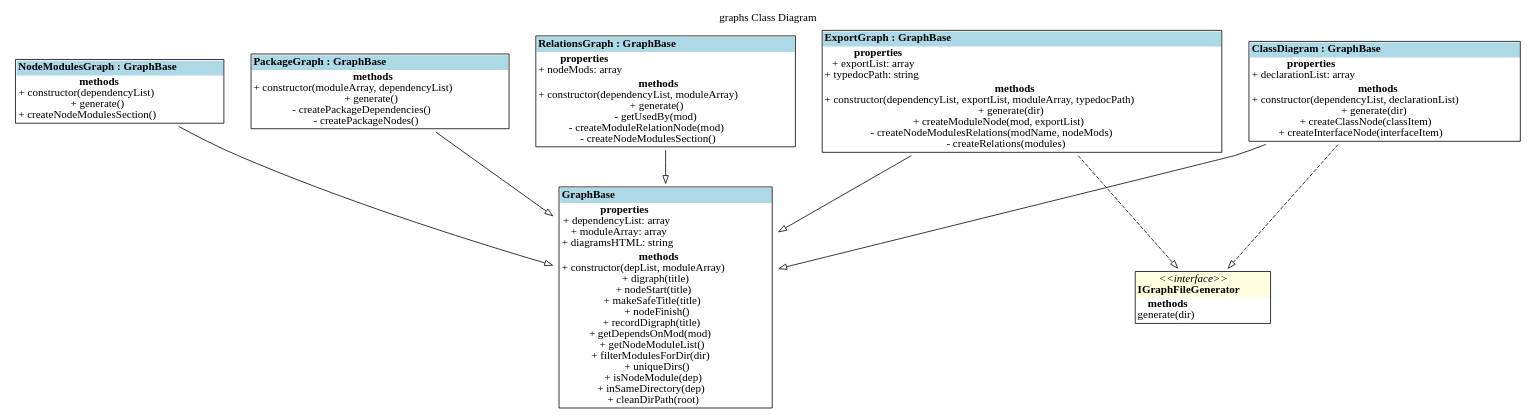
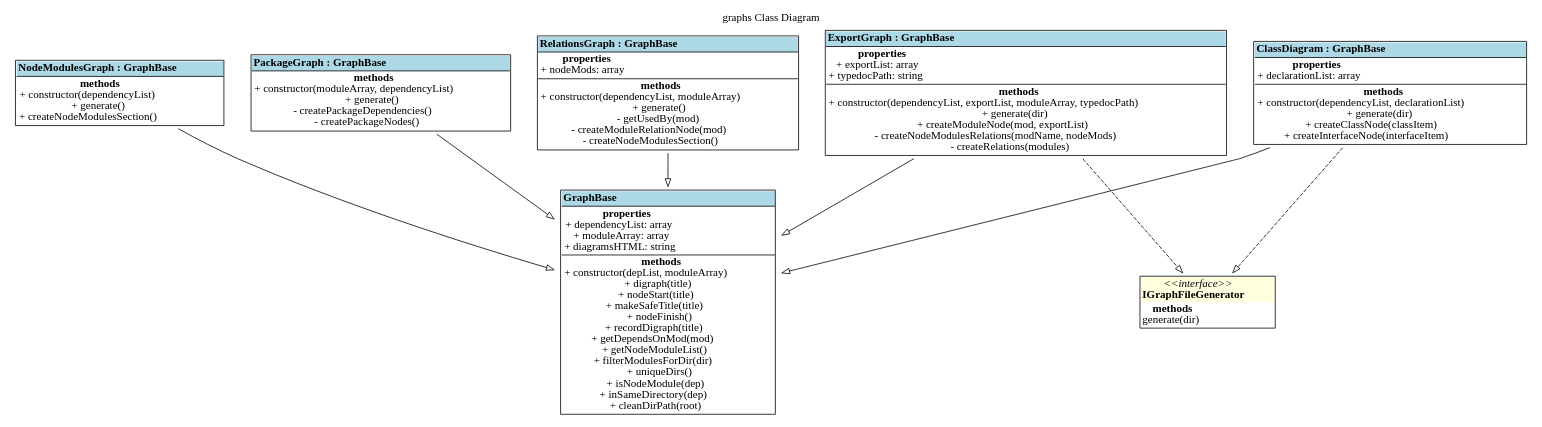
Before and after one commit to fleebe/GitHubPages: the diagram in dep-graph-ts/graphs_ClassDiagram.dot, drawn with Graphviz. The commit also changed 17 other files, not shown here.

Commit message:
Update docs for dep-graph-ts from fleebe/dep-graph-ts workflow

```diff
--- a/dep-graph-ts/graphs_ClassDiagram.dot
+++ b/dep-graph-ts/graphs_ClassDiagram.dot
@@ -1,102 +1,102 @@
 digraph {label="graphs Class Diagram";
 labelloc="t";
 "ClassDiagram" [shape=none, label=<<TABLE cellspacing="0" cellborder="0" align="left">
 <TR><TD align="left" bgcolor="lightblue"><B>ClassDiagram : GraphBase</B></TD></TR>
-<TR><TD align="left"><B>properties</B><BR/>
+<TR><TD BORDER="1" SIDES="T" align="left"><B>properties</B><BR/>
 + declarationList: array<BR/>
 </TD></TR>
-<TR><TD align="left"><B>methods</B><BR/>
+<TR><TD BORDER="1" SIDES="T" align="left"><B>methods</B><BR/>
 + constructor(dependencyList, declarationList)<BR/>
 + generate(dir)<BR/>
 + createClassNode(classItem)<BR/>
 + createInterfaceNode(interfaceItem)<BR/>
 </TD></TR>
 </TABLE>>];
 "ClassDiagram"->"GraphBase" [arrowhead=empty, style=solid];
 "ClassDiagram"->"IGraphFileGenerator" [arrowhead=empty, style=dashed];
 
 "ExportGraph" [shape=none, label=<<TABLE cellspacing="0" cellborder="0" align="left">
 <TR><TD align="left" bgcolor="lightblue"><B>ExportGraph : GraphBase</B></TD></TR>
-<TR><TD align="left"><B>properties</B><BR/>
+<TR><TD BORDER="1" SIDES="T" align="left"><B>properties</B><BR/>
 + exportList: array<BR/>
 + typedocPath: string<BR/>
 </TD></TR>
-<TR><TD align="left"><B>methods</B><BR/>
+<TR><TD BORDER="1" SIDES="T" align="left"><B>methods</B><BR/>
 + constructor(dependencyList, exportList, moduleArray, typedocPath)<BR/>
 + generate(dir)<BR/>
 + createModuleNode(mod, exportList)<BR/>
 - createNodeModulesRelations(modName, nodeMods)<BR/>
 - createRelations(modules)<BR/>
 </TD></TR>
 </TABLE>>];
 "ExportGraph"->"GraphBase" [arrowhead=empty, style=solid];
 "ExportGraph"->"IGraphFileGenerator" [arrowhead=empty, style=dashed];
 
 "GraphBase" [shape=none, label=<<TABLE cellspacing="0" cellborder="0" align="left">
 <TR><TD align="left" bgcolor="lightblue"><B>GraphBase</B></TD></TR>
-<TR><TD align="left"><B>properties</B><BR/>
+<TR><TD BORDER="1" SIDES="T" align="left"><B>properties</B><BR/>
 + dependencyList: array<BR/>
 + moduleArray: array<BR/>
 + diagramsHTML: string<BR/>
 </TD></TR>
-<TR><TD align="left"><B>methods</B><BR/>
+<TR><TD BORDER="1" SIDES="T" align="left"><B>methods</B><BR/>
 + constructor(depList, moduleArray)<BR/>
 + digraph(title)<BR/>
 + nodeStart(title)<BR/>
 + makeSafeTitle(title)<BR/>
 + nodeFinish()<BR/>
 + recordDigraph(title)<BR/>
 + getDependsOnMod(mod)<BR/>
 + getNodeModuleList()<BR/>
 + filterModulesForDir(dir)<BR/>
 + uniqueDirs()<BR/>
 + isNodeModule(dep)<BR/>
 + inSameDirectory(dep)<BR/>
 + cleanDirPath(root)<BR/>
 </TD></TR>
 </TABLE>>];
 
 "IGraphFileGenerator" [shape=none, label=<<TABLE cellspacing="0" cellborder="0" align="left">
 <TR><TD align="center" bgcolor="lightyellow"><I>&lt;&lt;interface&gt;&gt;</I><BR/><B>IGraphFileGenerator</B></TD></TR>
 <TR><TD align="left"><B>methods</B><BR/>
 generate(dir)<BR/>
 </TD></TR>
 </TABLE>>];
 
 "NodeModulesGraph" [shape=none, label=<<TABLE cellspacing="0" cellborder="0" align="left">
 <TR><TD align="left" bgcolor="lightblue"><B>NodeModulesGraph : GraphBase</B></TD></TR>
-<TR><TD align="left"><B>methods</B><BR/>
+<TR><TD BORDER="1" SIDES="T" align="left"><B>methods</B><BR/>
 + constructor(dependencyList)<BR/>
 + generate()<BR/>
 + createNodeModulesSection()<BR/>
 </TD></TR>
 </TABLE>>];
 "NodeModulesGraph"->"GraphBase" [arrowhead=empty, style=solid];
 
 "PackageGraph" [shape=none, label=<<TABLE cellspacing="0" cellborder="0" align="left">
 <TR><TD align="left" bgcolor="lightblue"><B>PackageGraph : GraphBase</B></TD></TR>
-<TR><TD align="left"><B>methods</B><BR/>
+<TR><TD BORDER="1" SIDES="T" align="left"><B>methods</B><BR/>
 + constructor(moduleArray, dependencyList)<BR/>
 + generate()<BR/>
 - createPackageDependencies()<BR/>
 - createPackageNodes()<BR/>
 </TD></TR>
 </TABLE>>];
 "PackageGraph"->"GraphBase" [arrowhead=empty, style=solid];
 
 "RelationsGraph" [shape=none, label=<<TABLE cellspacing="0" cellborder="0" align="left">
 <TR><TD align="left" bgcolor="lightblue"><B>RelationsGraph : GraphBase</B></TD></TR>
-<TR><TD align="left"><B>properties</B><BR/>
+<TR><TD BORDER="1" SIDES="T" align="left"><B>properties</B><BR/>
 + nodeMods: array<BR/>
 </TD></TR>
-<TR><TD align="left"><B>methods</B><BR/>
+<TR><TD BORDER="1" SIDES="T" align="left"><B>methods</B><BR/>
 + constructor(dependencyList, moduleArray)<BR/>
 + generate()<BR/>
 - getUsedBy(mod)<BR/>
 - createModuleRelationNode(mod)<BR/>
 - createNodeModulesSection()<BR/>
 </TD></TR>
 </TABLE>>];
 "RelationsGraph"->"GraphBase" [arrowhead=empty, style=solid];
 
 }
```
